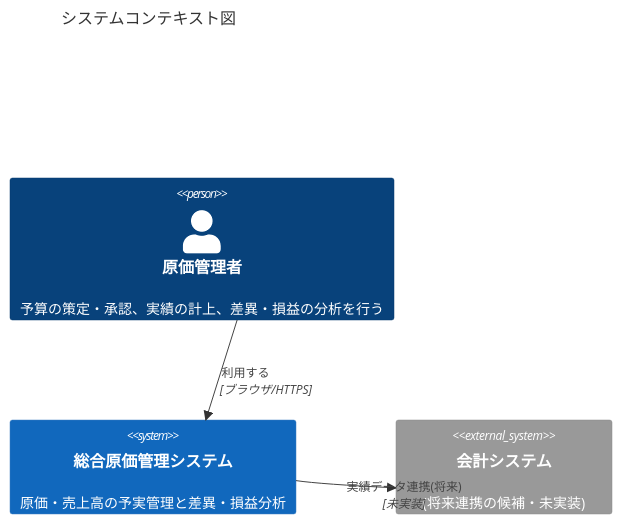
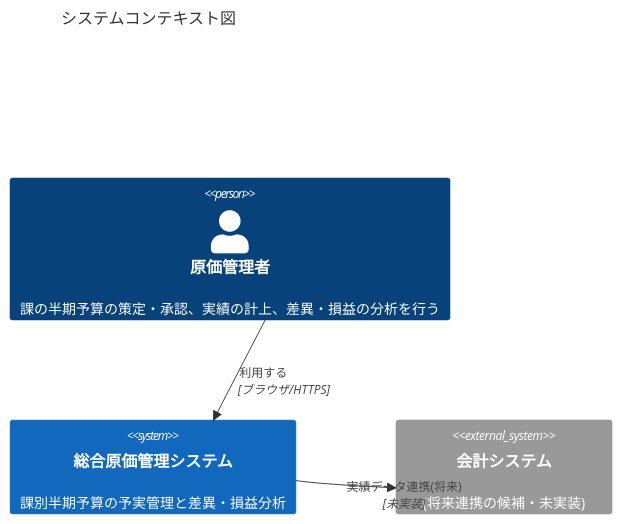
One commit to kyamanaka0923/fcpl-cost-management-system changed the second of 9 diagrams in docs/DESIGN.md. Above: the diagram before and after it, drawn with Mermaid. The commit also changed other lines of this file and 8 other files, not shown here.

````diff
--- a/docs/DESIGN.md
+++ b/docs/DESIGN.md
@@ -66,9 +67,9 @@
 ```mermaid
 C4Context
     title システムコンテキスト図
-    Person(manager, "原価管理者", "予算の策定・承認、実績の計上、差異・損益の分析を行う")
-    System(cms, "総合原価管理システム", "原価・売上高の予実管理と差異・損益分析")
+    Person(manager, "原価管理者", "課の半期予算の策定・承認、実績の計上、差異・損益の分析を行う")
+    System(cms, "総合原価管理システム", "課別半期予算の予実管理と差異・損益分析")
     System_Ext(acct, "会計システム", "(将来連携の候補・未実装)")
     Rel(manager, cms, "利用する", "ブラウザ/HTTPS")
     Rel(cms, acct, "実績データ連携(将来)", "未実装")
 ```
````
